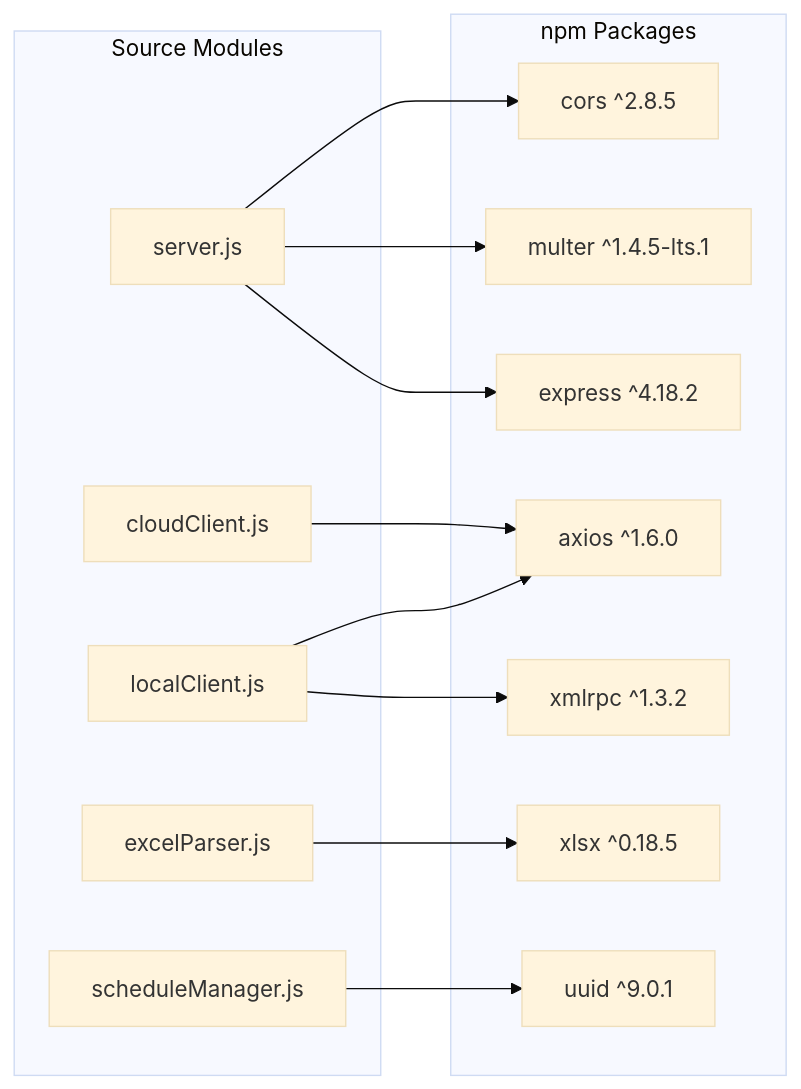
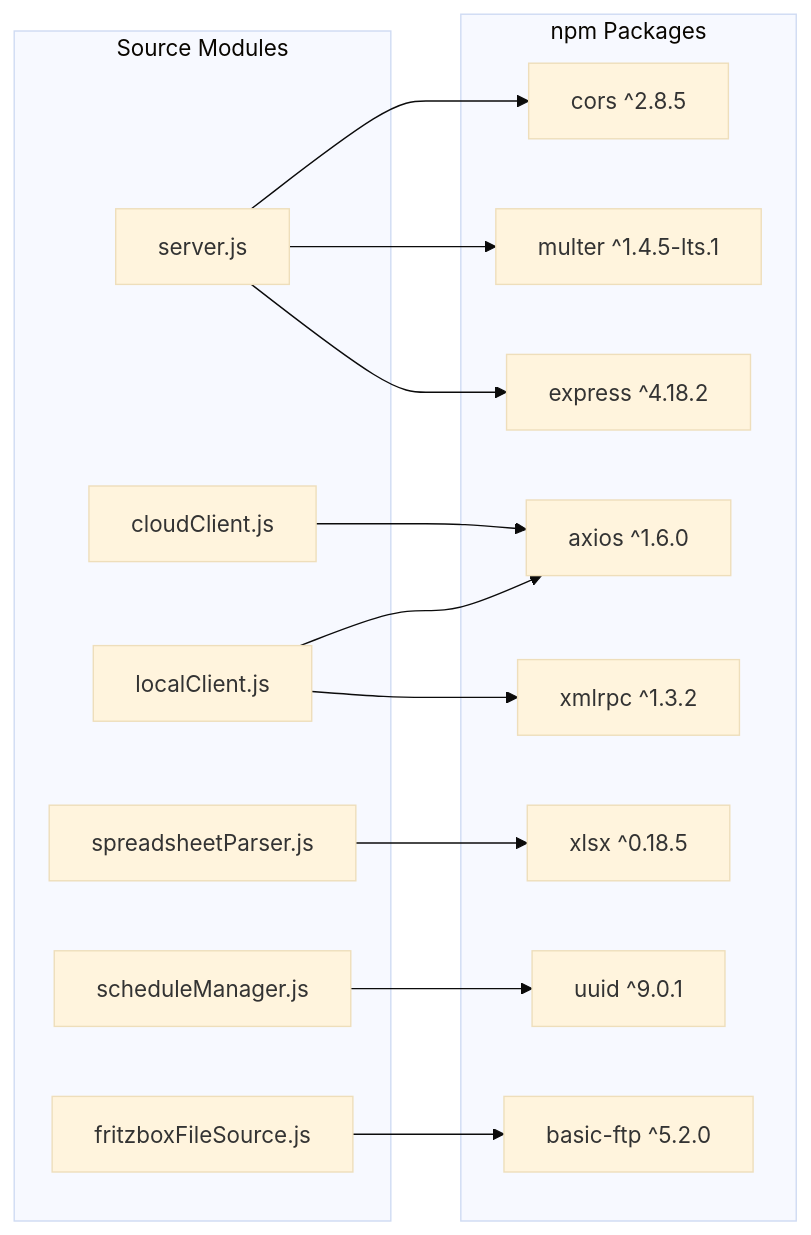
One commit to rore78/homematicHeatingWithNumbersFile changed the diagram in docs/technologies.md. Above: the diagram before and after it, drawn with Mermaid (base theme). The commit also changed other lines of this file and 72 other files, not shown here.

````diff
--- a/docs/technologies.md
+++ b/docs/technologies.md
@@ -48,29 +67,32 @@
 ```mermaid
 graph LR
     subgraph "npm Packages"
         express["express ^4.18.2"]
         axios["axios ^1.6.0"]
         xmlrpc["xmlrpc ^1.3.2"]
         multer["multer ^1.4.5-lts.1"]
         xlsxPkg["xlsx ^0.18.5"]
         uuid["uuid ^9.0.1"]
         corsPkg["cors ^2.8.5"]
+        ftp["basic-ftp ^5.2.0"]
     end
 
     subgraph "Source Modules"
         server["server.js"]
         cloud["cloudClient.js"]
         local["localClient.js"]
-        excel["excelParser.js"]
+        parser["spreadsheetParser.js"]
         scheduler["scheduleManager.js"]
+        fritzbox["fritzboxFileSource.js"]
     end
 
     server --> express
     server --> multer
     server --> corsPkg
     cloud --> axios
     local --> xmlrpc
     local --> axios
-    excel --> xlsxPkg
+    parser --> xlsxPkg
     scheduler --> uuid
+    fritzbox --> ftp
 ```
````
